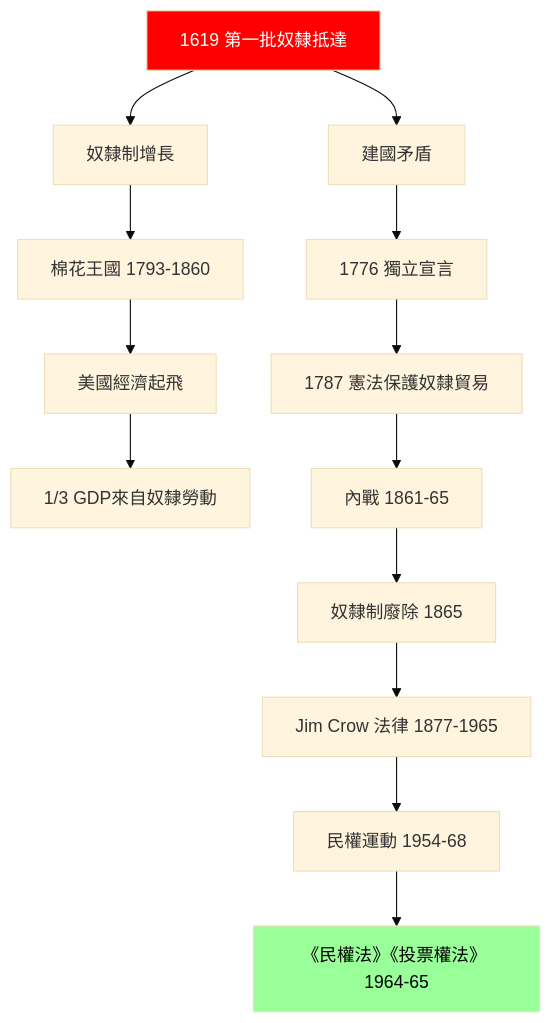
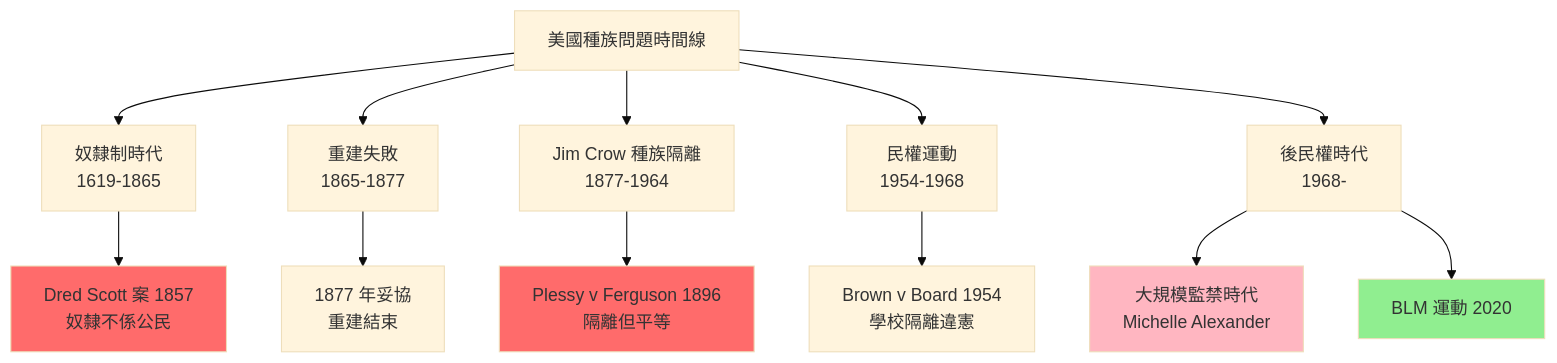
One commit to yip-lgtm/HKU-Harvard-History-Self-Study changed the second of 7 diagrams in 01_HKU_Courses/HIST1025_Introduction_to_the_United_States.md. Above: the diagram before and after it, drawn with Mermaid (base theme). The commit also changed other lines of this file and 65 other files, not shown here.

````diff
--- a/01_HKU_Courses/HIST1025_Introduction_to_the_United_States.md
+++ b/01_HKU_Courses/HIST1025_Introduction_to_the_United_States.md
@@ -202,20 +140,18 @@
 ```mermaid
-flowchart TD
-    A[1619 第一批奴隸抵達] --> B[奴隸制增長]
-    B --> C[棉花王國 1793-1860]
-    C --> D[美國經濟起飛]
-    D --> E[1/3 GDP來自奴隸勞動]
-    
-    A --> F[建國矛盾]
-    F --> G[1776 獨立宣言]
-    G --> H[1787 憲法保護奴隸貿易]
-    
-    H --> I[內戰 1861-65]
-    I --> J[奴隸制廢除 1865]
-    J --> K[Jim Crow 法律 1877-1965]
-    K --> L[民權運動 1954-68]
-    L --> M[《民權法》《投票權法》 1964-65]
-    
-    style A fill:#f00,color:#fff
-    style M fill:#9f9,color:#000
+graph TD
+    A["美國種族問題時間線"] --> B["奴隸制時代<br/>1619-1865"]
+    A --> C["重建失敗<br/>1865-1877"]
+    A --> D["Jim Crow 種族隔離<br/>1877-1964"]
+    A --> E["民權運動<br/>1954-1968"]
+    A --> F["後民權時代<br/>1968-"]
+    B --> G["Dred Scott 案 1857<br/>奴隸不係公民"]
+    C --> H["1877 年妥協<br/>重建結束"]
+    D --> I["Plessy v Ferguson 1896<br/>隔離但平等"]
+    E --> J["Brown v Board 1954<br/>學校隔離違憲"]
+    F --> K["大規模監禁時代<br/>Michelle Alexander"]
+    F --> L["BLM 運動 2020"]
+    style G fill:#FF6B6B
+    style I fill:#FF6B6B
+    style K fill:#FFB6C1
+    style L fill:#90EE90
 ```
````
